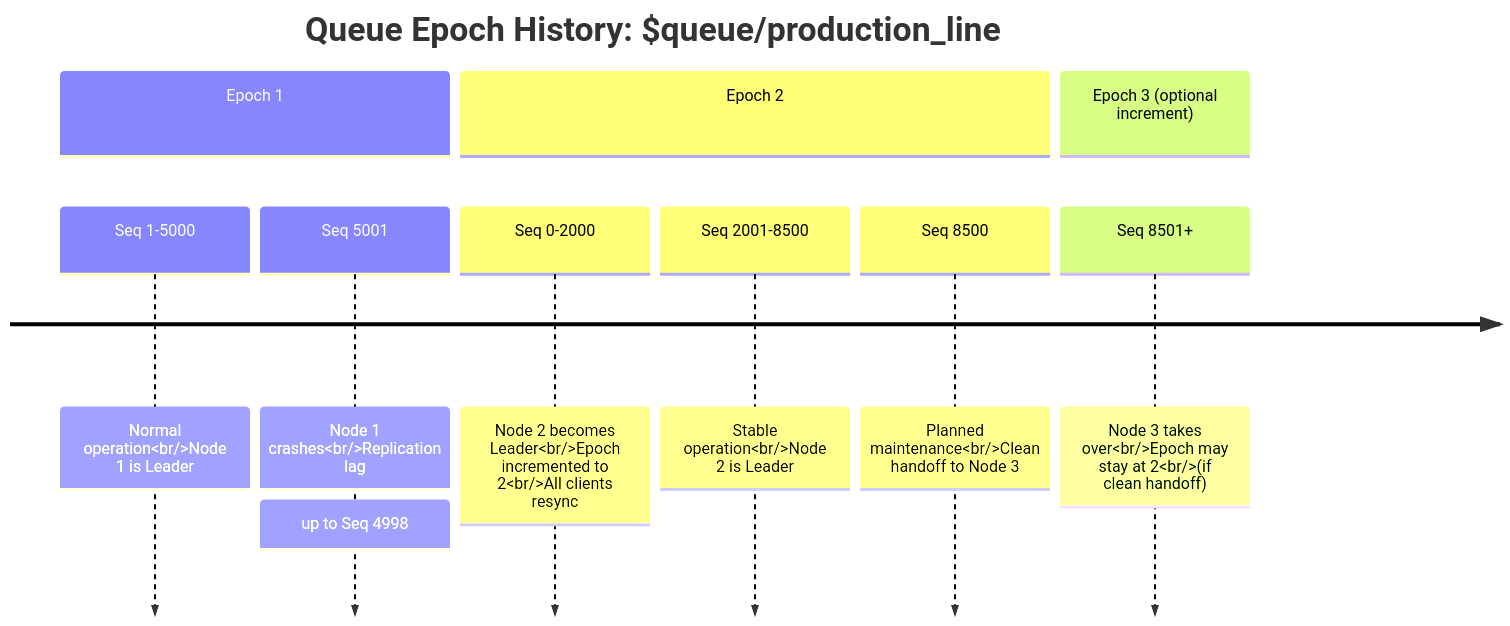
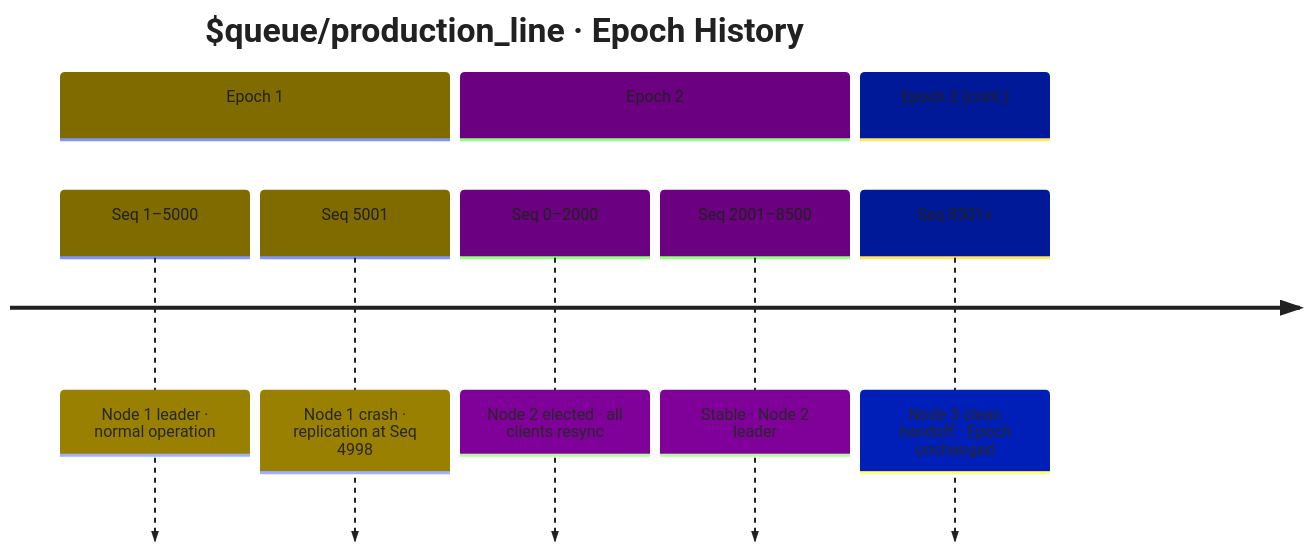
One commit to bsommers/mqtt-6.0-proposal changed the seventh of 7 diagrams in docs/diagrams/cluster-failover.md. Above: the diagram before and after it, drawn with Mermaid. The commit also changed other lines of this file and 2 other files, not shown here.

First line of the commit message:
Redesign diagrams with HiveMQ black/yellow, C4, compact layout

````diff
--- a/docs/diagrams/cluster-failover.md
+++ b/docs/diagrams/cluster-failover.md
@@ -172,13 +160,13 @@
 ```mermaid
+%%{init:{'theme':'base','themeVariables':{'primaryColor':'#FFD600','primaryTextColor':'#212121','primaryBorderColor':'#212121','lineColor':'#212121'}}}%%
 timeline
-    title Queue Epoch History: $queue/production_line
+    title $queue/production_line · Epoch History
     section Epoch 1
-        Seq 1-5000 : Normal operation<br/>Node 1 is Leader
-        Seq 5001 : Node 1 crashes<br/>Replication lag: up to Seq 4998
+        Seq 1–5000  : Node 1 leader · normal operation
+        Seq 5001    : Node 1 crash · replication at Seq 4998
     section Epoch 2
-        Seq 0-2000 : Node 2 becomes Leader<br/>Epoch incremented to 2<br/>All clients resync
-        Seq 2001-8500 : Stable operation<br/>Node 2 is Leader
-        Seq 8500 : Planned maintenance<br/>Clean handoff to Node 3
-    section Epoch 3 (optional increment)
-        Seq 8501+ : Node 3 takes over<br/>Epoch may stay at 2<br/>(if clean handoff)
+        Seq 0–2000  : Node 2 elected · all clients resync
+        Seq 2001–8500 : Stable · Node 2 leader
+    section Epoch 2 (cont.)
+        Seq 8501+   : Node 3 clean handoff · Epoch unchanged
 ```
````
